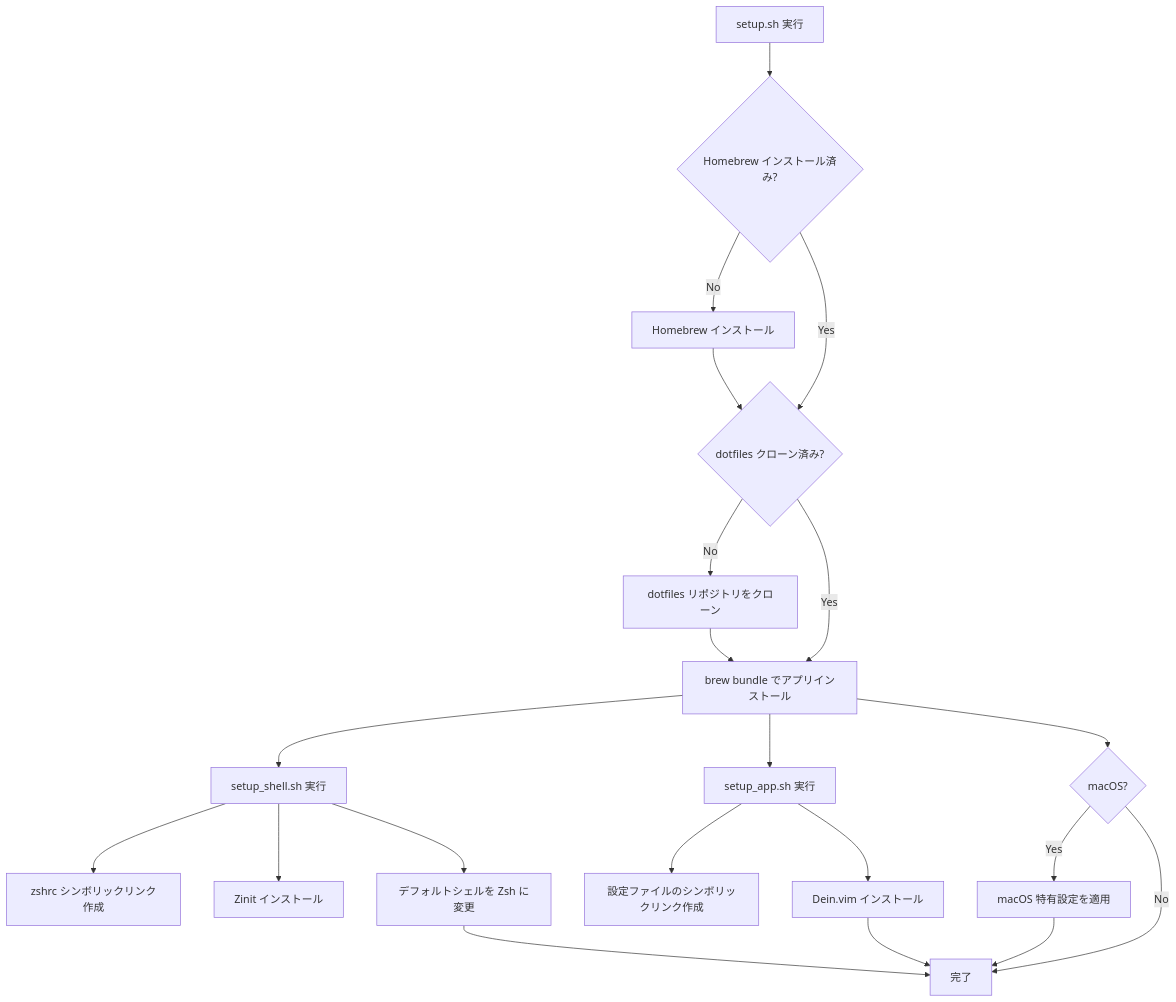
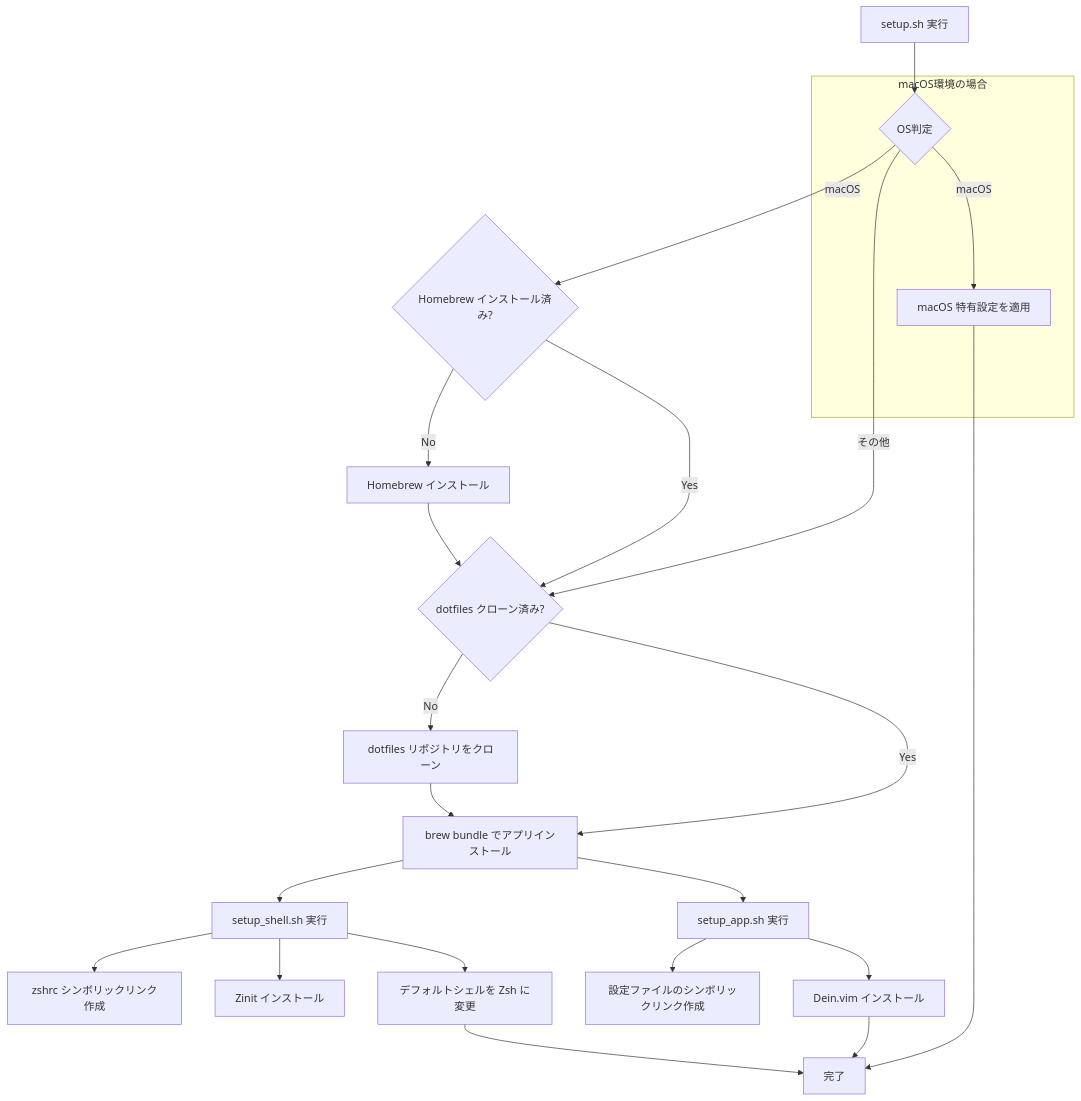
One commit to stakaya/dotfiles changed the first of 6 diagrams in doc/spec.ja.md. Above: the diagram before and after it, drawn with Mermaid. The commit also changed other lines of this file, not shown here.

First line of the commit message:
fix: improve diagram clarity and structure in Japanese spec document

````diff
--- a/doc/spec.ja.md
+++ b/doc/spec.ja.md
@@ -44,23 +44,27 @@
 ```mermaid
 graph TD
-    A[setup.sh 実行] --> B{Homebrew インストール済み?};
-    B -- No --> C[Homebrew インストール];
-    B -- Yes --> D;
-    C --> D{dotfiles クローン済み?};
-    D -- No --> E[dotfiles リポジトリをクローン];
-    D -- Yes --> F;
-    E --> F[brew bundle でアプリインストール];
-    F --> G[setup_shell.sh 実行];
-    G --> H[zshrc シンボリックリンク作成];
-    G --> I[Zinit インストール];
-    G --> J[デフォルトシェルを Zsh に変更];
-    F --> K[setup_app.sh 実行];
-    K --> L[設定ファイルのシンボリックリンク作成];
-    K --> M[Dein.vim インストール];
-    F --> N{macOS?};
-    N -- Yes --> O[macOS 特有設定を適用];
-    N -- No --> P[完了];
-    O --> P;
-    J --> P;
-    M --> P;
+    A[setup.sh 実行] --> B{OS判定}
+    B -- macOS --> C{Homebrew インストール済み?}
+    B -- その他 --> D{dotfiles クローン済み?}
+    C -- No --> E[Homebrew インストール]
+    C -- Yes --> D
+    E --> D
+    D -- No --> F[dotfiles リポジトリをクローン]
+    D -- Yes --> G[brew bundle でアプリインストール]
+    F --> G
+    G --> H[setup_shell.sh 実行]
+    G --> I[setup_app.sh 実行]
+    H --> J[zshrc シンボリックリンク作成]
+    H --> K[Zinit インストール]
+    H --> L[デフォルトシェルを Zsh に変更]
+    I --> M[設定ファイルのシンボリックリンク作成]
+    I --> N[Dein.vim インストール]
+    
+    subgraph "macOS環境の場合"
+        B -- macOS --> O[macOS 特有設定を適用]
+    end
+    
+    L --> P[完了]
+    N --> P
+    O --> P
 ```
````
